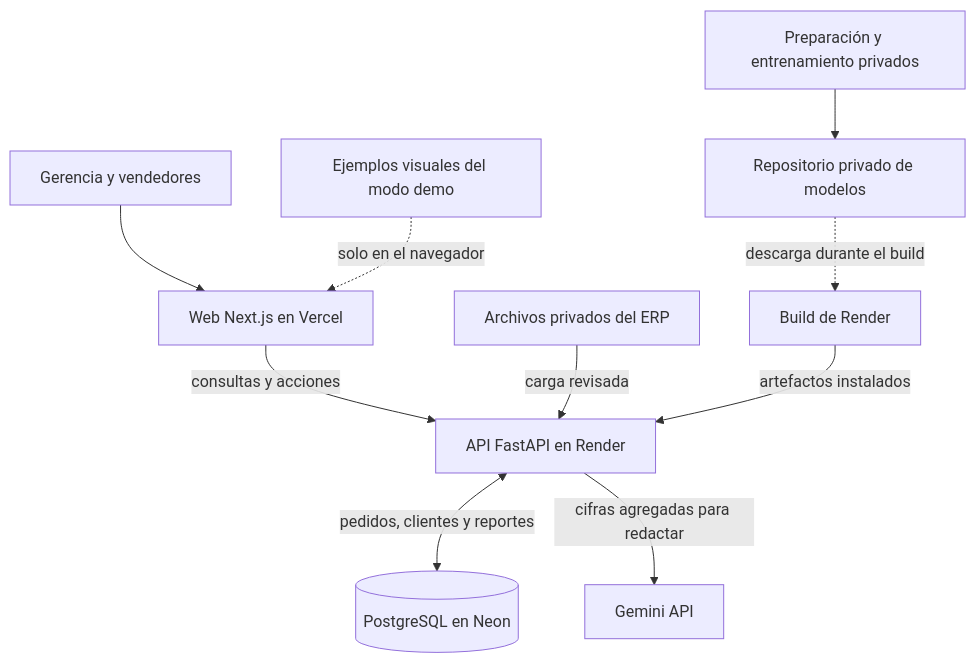
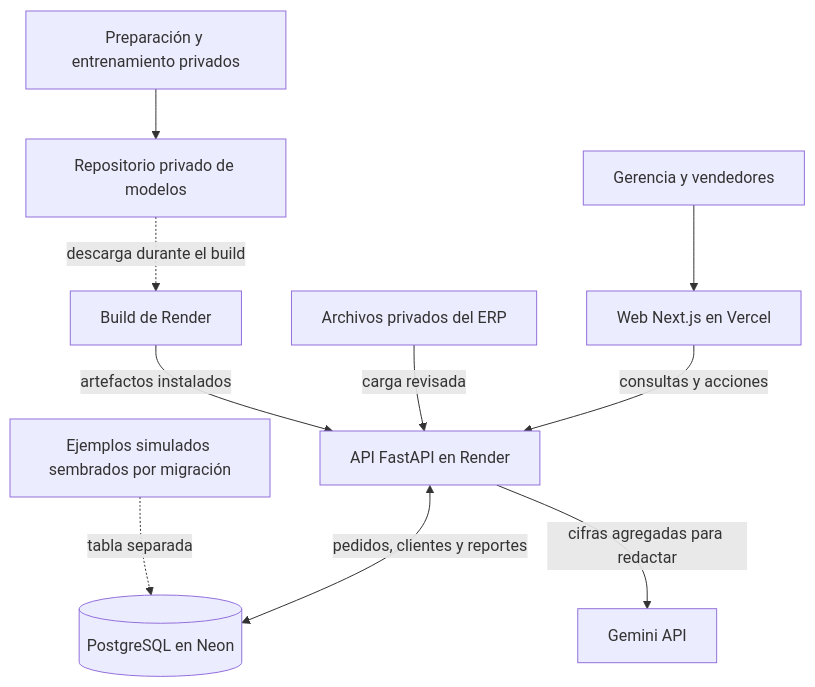
The first of 2 diagrams in profile/README.md (VetChain-IAthon/.github), drawn with Mermaid before and after one commit. The commit also changed other lines of this file, not shown here.

````diff
--- a/profile/README.md
+++ b/profile/README.md
@@ -33,12 +33,12 @@
 ```mermaid
 flowchart TB
     U["Gerencia y vendedores"] --> W["Web Next.js en Vercel"]
     W -->|"consultas y acciones"| A["API FastAPI en Render"]
     E["Archivos privados del ERP"] -->|"carga revisada"| A
     A <-->|"pedidos, clientes y reportes"| DB[("PostgreSQL en Neon")]
     T["Preparación y entrenamiento privados"] --> R["Repositorio privado de modelos"]
     R -.->|"descarga durante el build"| B["Build de Render"]
     B -->|"artefactos instalados"| A
     A -->|"cifras agregadas para redactar"| G["Gemini API"]
-    D["Ejemplos visuales del modo demo"] -.->|"solo en el navegador"| W
+    D["Ejemplos simulados sembrados por migración"] -.->|"tabla separada"| DB
 ```
````
